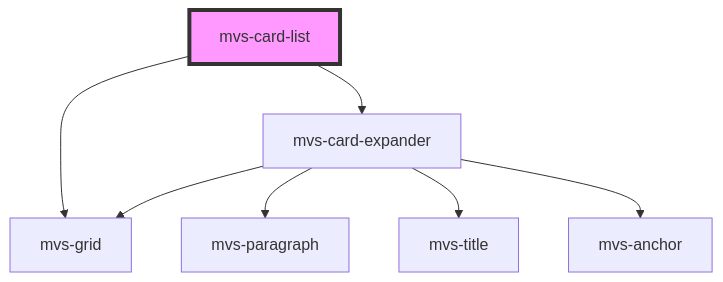
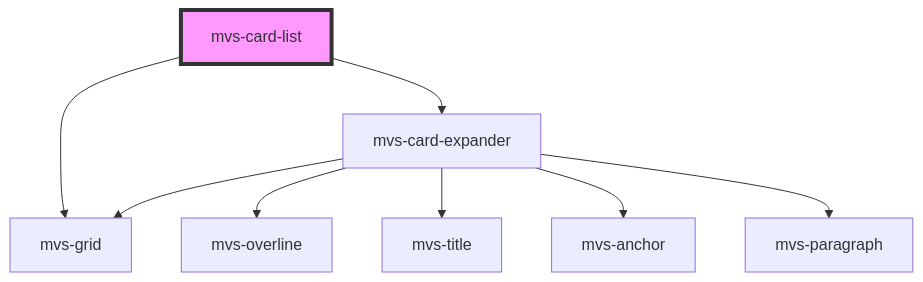
One commit to rafaela-vairo/mvs-design-system changed the diagram in src/components/sections/mvs-card-list/readme.md. Above: the diagram before and after it, drawn with Mermaid. The commit also changed other lines of this file and 8 other files, not shown here.

````diff
--- a/src/components/sections/mvs-card-list/readme.md
+++ b/src/components/sections/mvs-card-list/readme.md
@@ -23,10 +23,11 @@
 ```mermaid
 graph TD;
   mvs-card-list --> mvs-grid
   mvs-card-list --> mvs-card-expander
+  mvs-card-expander --> mvs-overline
+  mvs-card-expander --> mvs-title
+  mvs-card-expander --> mvs-anchor
   mvs-card-expander --> mvs-grid
   mvs-card-expander --> mvs-paragraph
-  mvs-card-expander --> mvs-title
-  mvs-card-expander --> mvs-anchor
   style mvs-card-list fill:#f9f,stroke:#333,stroke-width:4px
 ```
````
